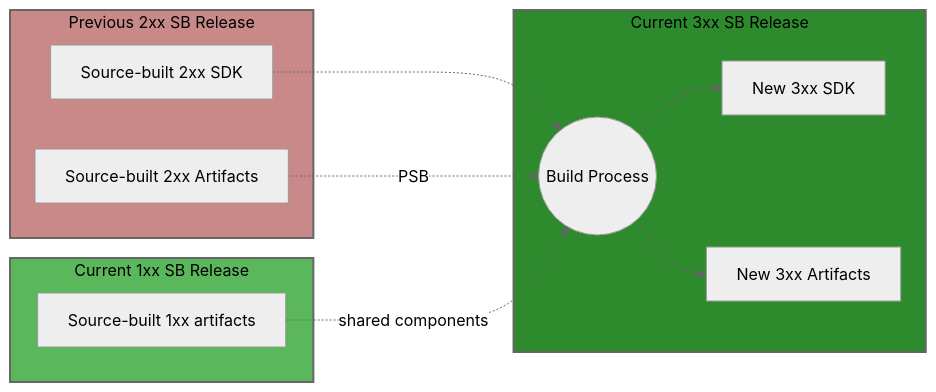
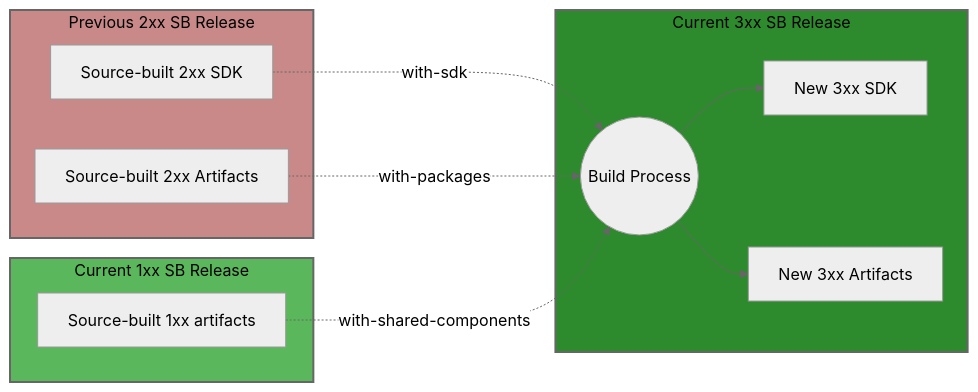
One commit to dotnet/source-build changed the ninth of 11 diagrams in Documentation/feature-band-source-building.md. Above: the diagram before and after it, drawn with Mermaid (neutral theme).

Commit message:
Update labels for flow arrows

````diff
--- a/Documentation/feature-band-source-building.md
+++ b/Documentation/feature-band-source-building.md
@@ -687,30 +687,30 @@
 ```mermaid
 flowchart LR
     subgraph SBPrev2xx["Previous 2xx SB Release"]
         Prev_2xx_SDK[Source-built 2xx SDK]
         Prev_2xx_Art[Source-built 2xx Artifacts]
     end
     
     subgraph SBCurr1xx["Current 1xx SB Release"]
         Curr_1xx_Art[Source-built 1xx artifacts]
     end
     
     subgraph SBCurr3xx["Current 3xx SB Release"]
         Build((Build Process))
         SDK_3xx[New 3xx SDK]
         Art_3xx[New 3xx Artifacts]
     end
     
-    Prev_2xx_SDK -.-> Build
-    Prev_2xx_Art -.->|PSB| Build
-    Curr_1xx_Art -.->|shared components| Build
+    Prev_2xx_SDK -.->|with-sdk| Build
+    Prev_2xx_Art -.->|with-packages| Build
+    Curr_1xx_Art -.->|with-shared-components| Build
     Build --> SDK_3xx
     Build --> Art_3xx
     
     classDef prev2xx fill:#c98989,stroke:#666,stroke-width:2px,color:#000
     classDef curr1xx fill:#5bb75b,stroke:#666,stroke-width:2px,color:#000
     classDef curr3xx fill:#2d8b2d,stroke:#666,stroke-width:2px,color:#000
     class SBPrev2xx prev2xx
     class SBCurr1xx curr1xx
     class SBCurr3xx curr3xx
 ```
````
